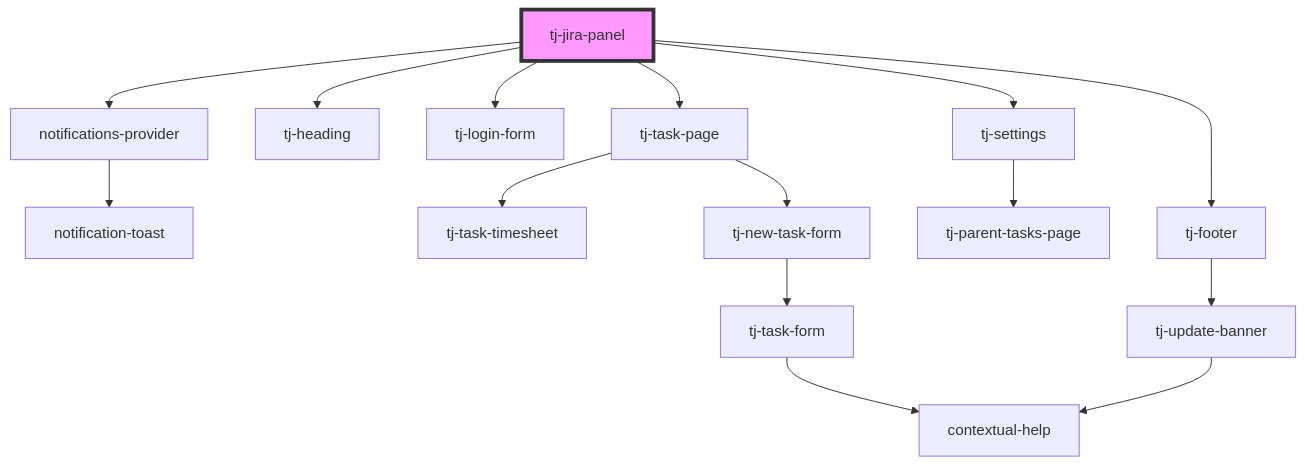
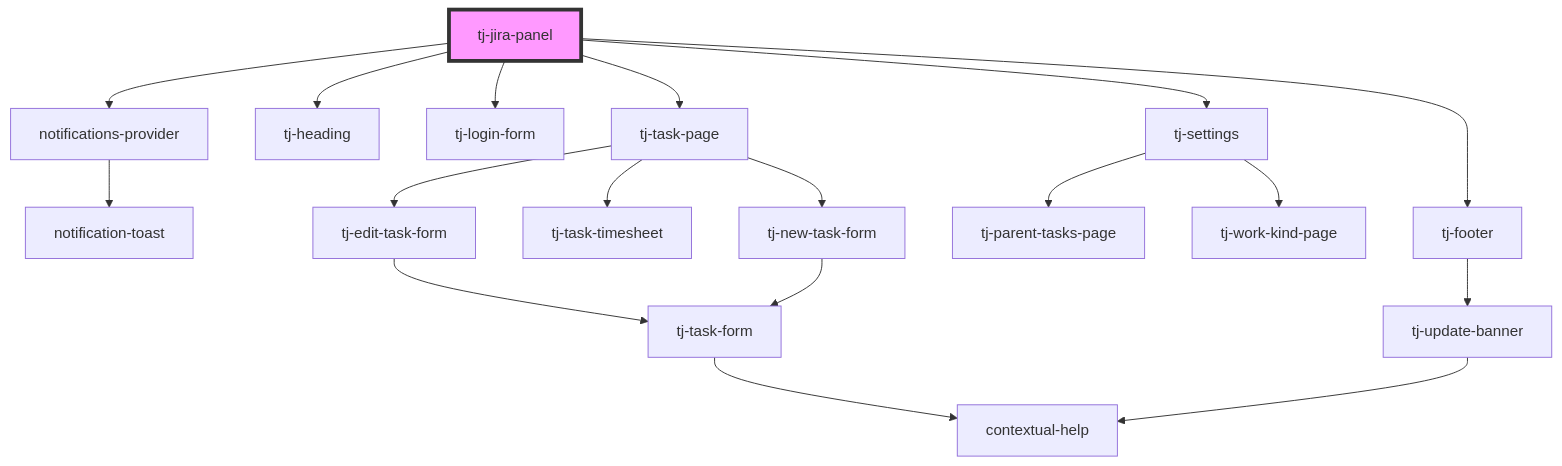
The diagram in src/components/tj-jira-panel/readme.md (davids-ensemble/tj-jira-panel), drawn with Mermaid before and after one commit. The commit also changed 24 other files, not shown here.

First line of the commit message:
feat: ✨ added a work kind picker (#26)

````diff
--- a/src/components/tj-jira-panel/readme.md
+++ b/src/components/tj-jira-panel/readme.md
@@ -30,18 +30,21 @@
 ```mermaid
 graph TD;
   tj-jira-panel --> notifications-provider
   tj-jira-panel --> tj-heading
   tj-jira-panel --> tj-login-form
   tj-jira-panel --> tj-task-page
   tj-jira-panel --> tj-settings
   tj-jira-panel --> tj-footer
   notifications-provider --> notification-toast
+  tj-task-page --> tj-edit-task-form
   tj-task-page --> tj-task-timesheet
   tj-task-page --> tj-new-task-form
+  tj-edit-task-form --> tj-task-form
+  tj-task-form --> contextual-help
   tj-new-task-form --> tj-task-form
-  tj-task-form --> contextual-help
   tj-settings --> tj-parent-tasks-page
+  tj-settings --> tj-work-kind-page
   tj-footer --> tj-update-banner
   tj-update-banner --> contextual-help
   style tj-jira-panel fill:#f9f,stroke:#333,stroke-width:4px
 ```
````
